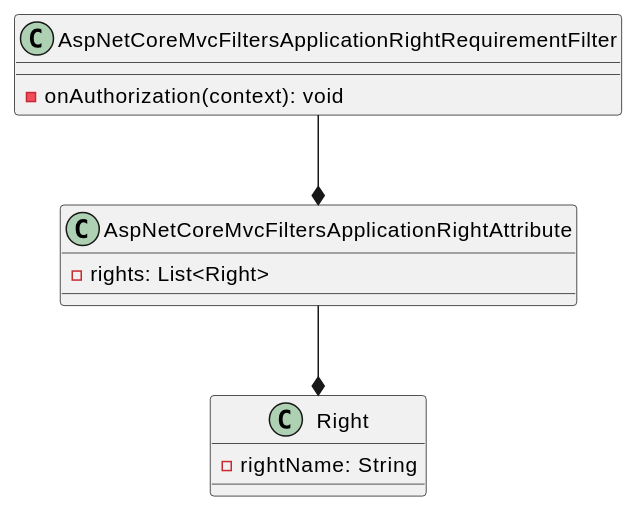
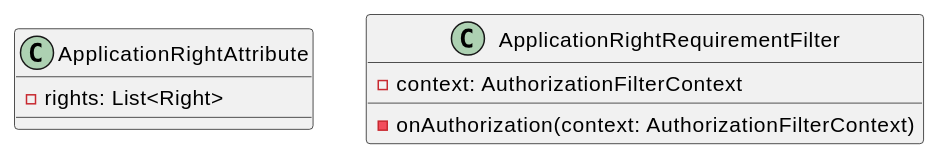
Before and after one commit to mwwhited-forks/dotnet-libs: the first of 3 diagrams in docs/generated/Framework/Eliassen.AspNetCore.Abstractions/Documentation.md, drawn with PlantUML. The commit also changed other lines of this file and 444 other files, not shown here.

````diff
--- a/docs/generated/Framework/Eliassen.AspNetCore.Abstractions/Documentation.md
+++ b/docs/generated/Framework/Eliassen.AspNetCore.Abstractions/Documentation.md
@@ -11,19 +10,13 @@
 ```plantuml
 @startuml
-class AspNetCoreMvcFiltersApplicationRightAttribute {
+class ApplicationRightAttribute {
   - rights: List<Right>
 }
 
-class AspNetCoreMvcFiltersApplicationRightRequirementFilter {
-  - onAuthorization(context): void
+class ApplicationRightRequirementFilter {
+  - onAuthorization(context: AuthorizationFilterContext)
+  - context: AuthorizationFilterContext
 }
-
-class Right {
-  - rightName: String
-}
-
-AspNetCoreMvcFiltersApplicationRightAttribute --* Right
-AspNetCoreMvcFiltersApplicationRightRequirementFilter --* AspNetCoreMvcFiltersApplicationRightAttribute
 
 @enduml
 ```
````
